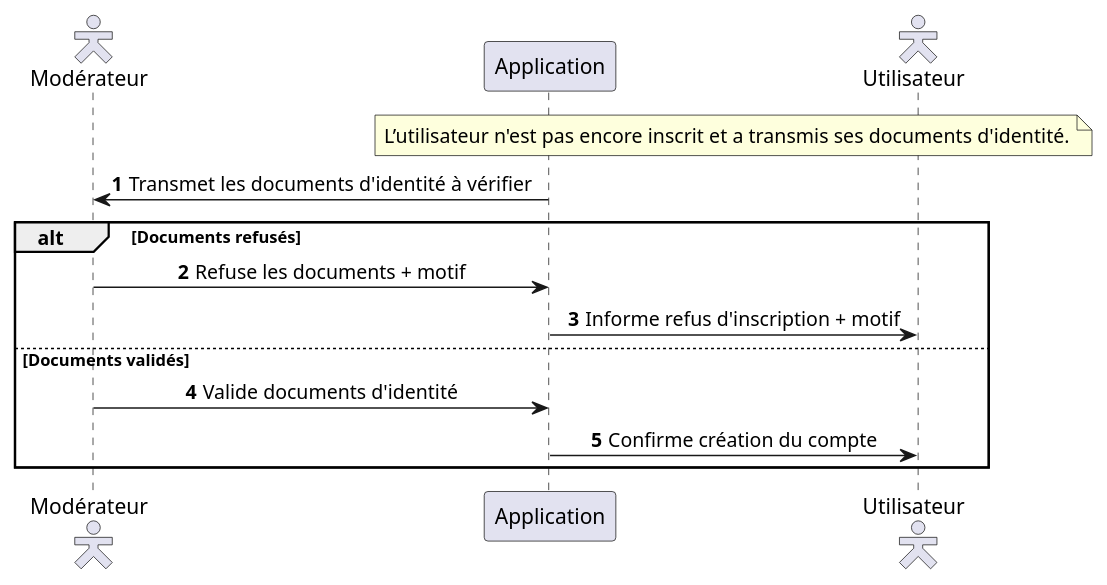
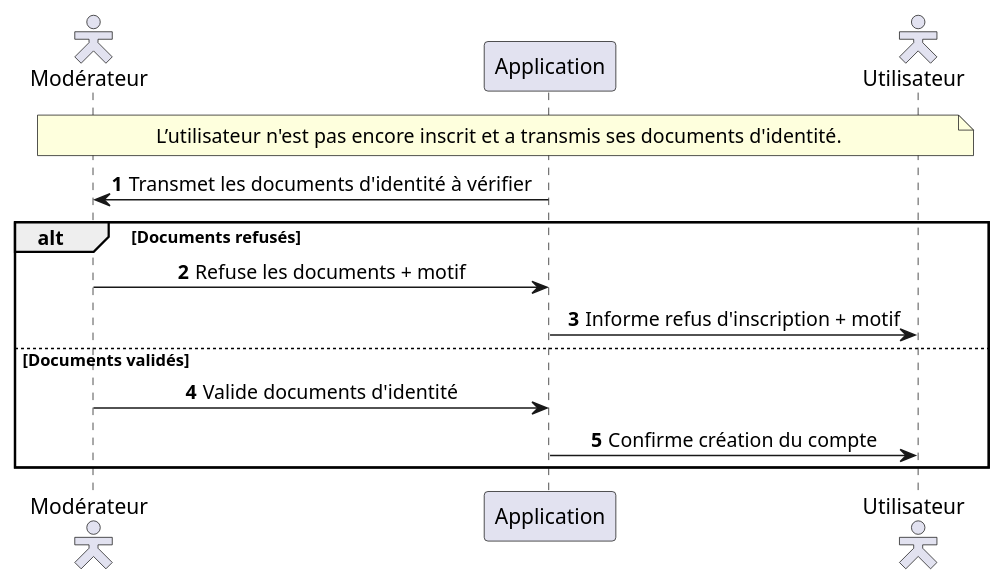
Before and after one commit to MinaroliCorentin/PSO: the diagram in src/Description_des_scenarios_Moderateur_verifier_documents .puml, drawn with PlantUML. The commit also changed 7 other files, not shown here.

```diff
--- a/src/Description_des_scenarios_Moderateur_verifier_documents .puml
+++ b/src/Description_des_scenarios_Moderateur_verifier_documents .puml
@@ -1,24 +1,24 @@
 @startuml
 autonumber
 skinparam sequenceMessageAlign center
 skinparam actorStyle hollow
 
 actor "Modérateur" as mod
 participant "Application" as app
 actor "Utilisateur" as user
 
-note over user, app
+note over mod, user
 L’utilisateur n'est pas encore inscrit et a transmis ses documents d'identité.
 end note
 
 app -> mod : Transmet les documents d'identité à vérifier
 
 alt Documents refusés
     mod -> app : Refuse les documents + motif
     app -> user : Informe refus d'inscription + motif
 else Documents validés
     mod -> app : Valide documents d'identité
     app -> user : Confirme création du compte
 end
 
 @enduml
```
